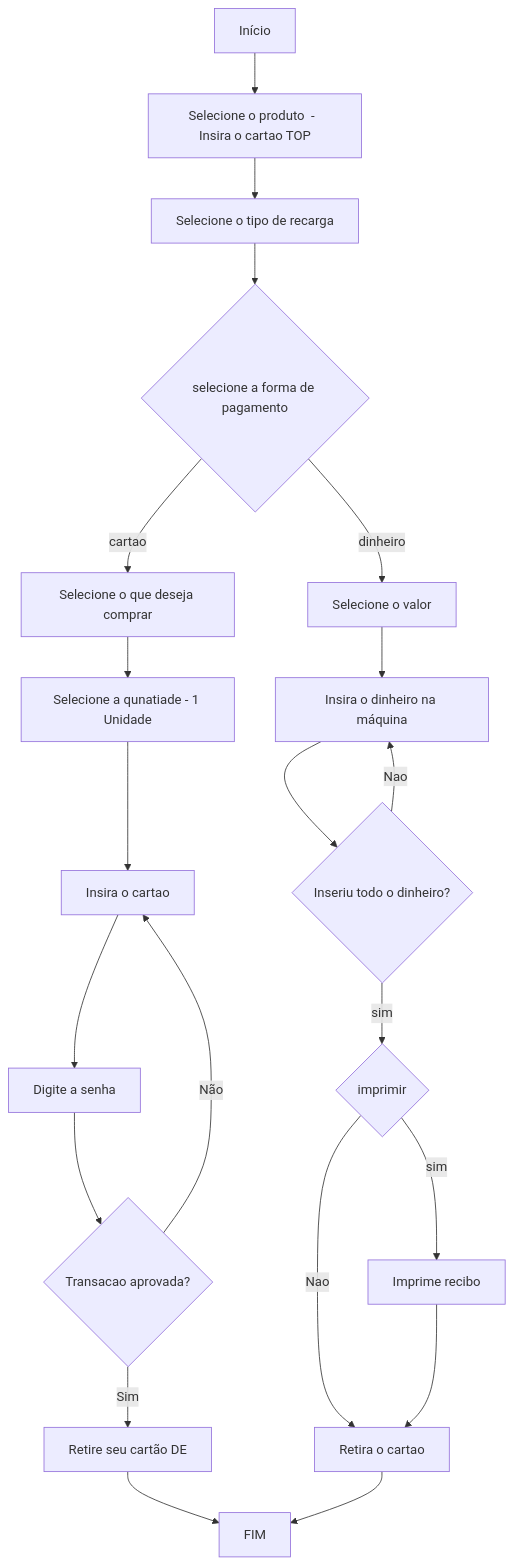
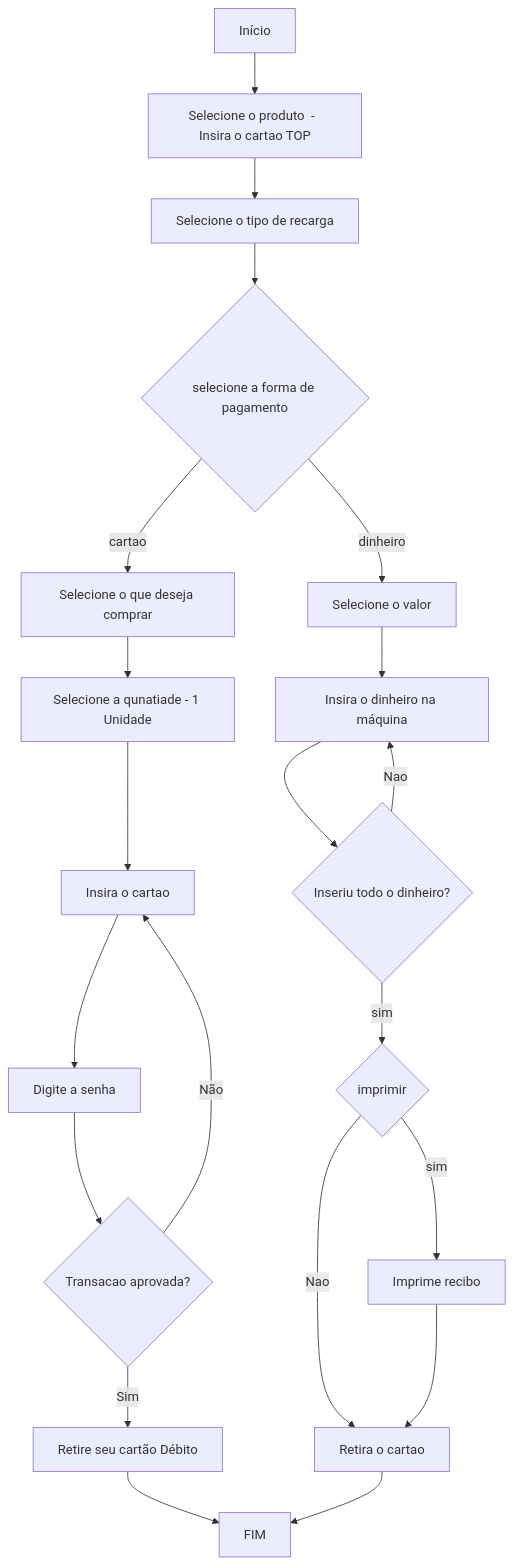
The second of 3 diagrams in README.md (ramondomiingos/ulife-a3), drawn with Mermaid before and after one commit. The commit also changed other lines of this file, not shown here.

````diff
--- a/README.md
+++ b/README.md
@@ -55,27 +55,27 @@
 ```mermaid
 flowchart TD
     
     A[Início] --> B[ Selecione o produto  -  Insira o cartao TOP]
     B -->C[Selecione o tipo de recarga]
     C-->For{selecione a forma de pagamento}
     For-->|cartao|OQ[Selecione o que deseja comprar]
     OQ --> D[Selecione a qunatiade - 1 Unidade]
     D -->E[Insira o cartao]
     E-->F[Digite a senha]
     F-->G{Transacao aprovada?}
     G-->|Não|E
-    G-->|Sim|H[Retire seu cartão DE ]
+    G-->|Sim|H[Retire seu cartão Débito ]
     H-->J[FIM]
 
     For-->|dinheiro|Sel[Selecione o valor]
     Sel-->ins[Insira o dinheiro na máquina]
     ins-->inseriu{Inseriu todo o dinheiro?}
     
     inseriu-->|Nao|ins
     inseriu-->|sim|Imp{imprimir}
     Imp-->|sim|ImpSim[Imprime recibo]
     Imp-->|Nao|RET
     ImpSim-->RET[Retira o cartao]
     RET-->J
 
 ```
````
